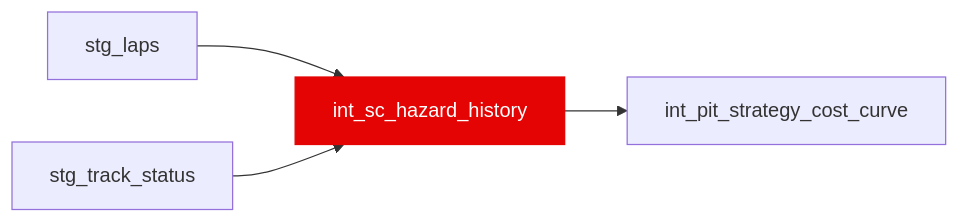
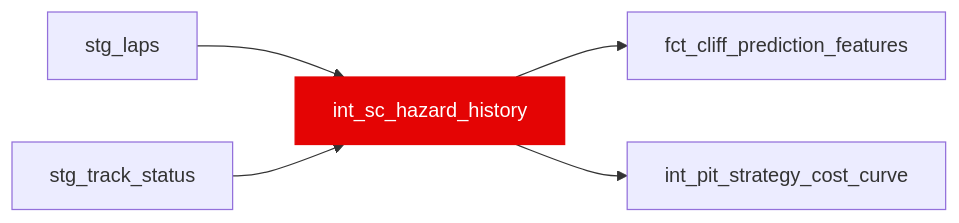
One commit to JustinClarke/off-the-pace changed the diagram in docs/reference/models/int/int_sc_hazard_history.mdx. Above: the diagram before and after it, drawn with Mermaid. The commit also changed other lines of this file and 45 other files, not shown here.

````diff
--- a/docs/reference/models/int/int_sc_hazard_history.mdx
+++ b/docs/reference/models/int/int_sc_hazard_history.mdx
@@ -21,7 +23,8 @@
 ```mermaid
 flowchart LR
   stg_laps --> int_sc_hazard_history
   stg_track_status --> int_sc_hazard_history
+  int_sc_hazard_history --> fct_cliff_prediction_features
   int_sc_hazard_history --> int_pit_strategy_cost_curve
   style int_sc_hazard_history fill:#e40404,stroke:#e40404,color:#fff
 ```
````
